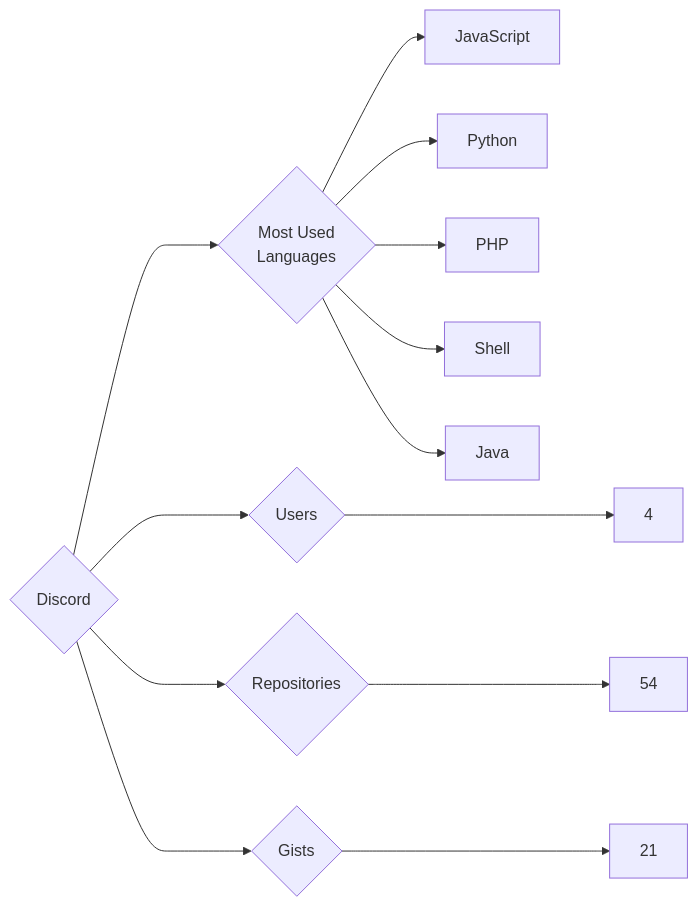
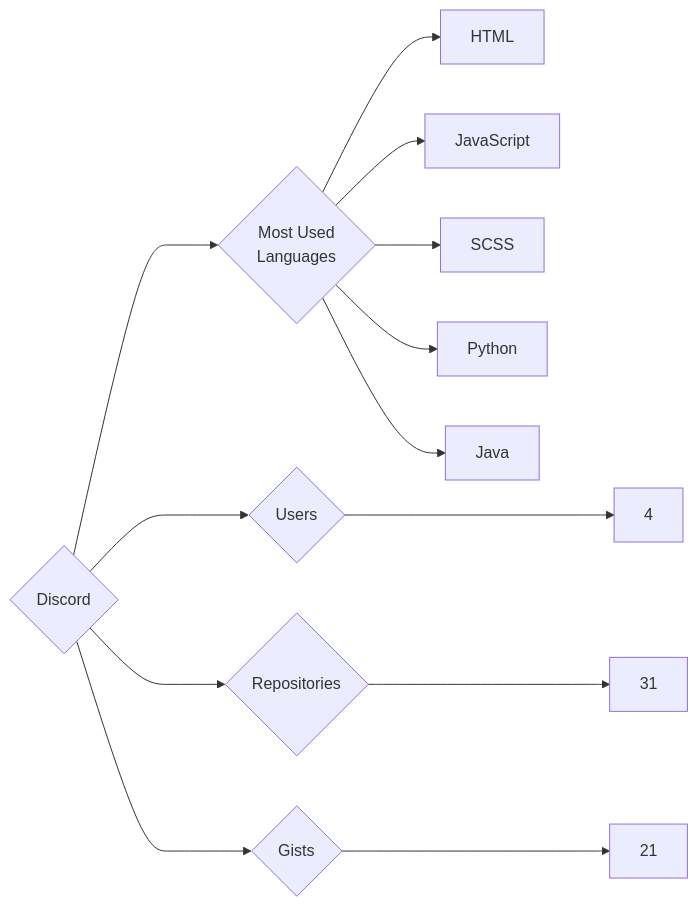
One commit to trickest/insiders changed the diagram in targets/Discord/README.md. Above: the diagram before and after it, drawn with Mermaid. The commit also changed 1212 other files, not shown here.

````diff
--- a/targets/Discord/README.md
+++ b/targets/Discord/README.md
@@ -3,13 +3,13 @@
 ```mermaid
 graph LR
 COMPANY_NAME{Discord}
 COMPANY_NAME ---> U{Users} ---> UN[4]
-COMPANY_NAME ---> R{Repositories} ---> RN[54]
+COMPANY_NAME ---> R{Repositories} ---> RN[31]
 COMPANY_NAME ---> G{Gists} ---> GN[21]
 COMPANY_NAME ---> ML{Most Used<br>Languages}
+ML --> HTML[HTML]
 ML --> JavaScript[JavaScript]
+ML --> SCSS[SCSS]
 ML --> Python[Python]
-ML --> PHP[PHP]
-ML --> Shell[Shell]
 ML --> Java[Java]
 ```
````
